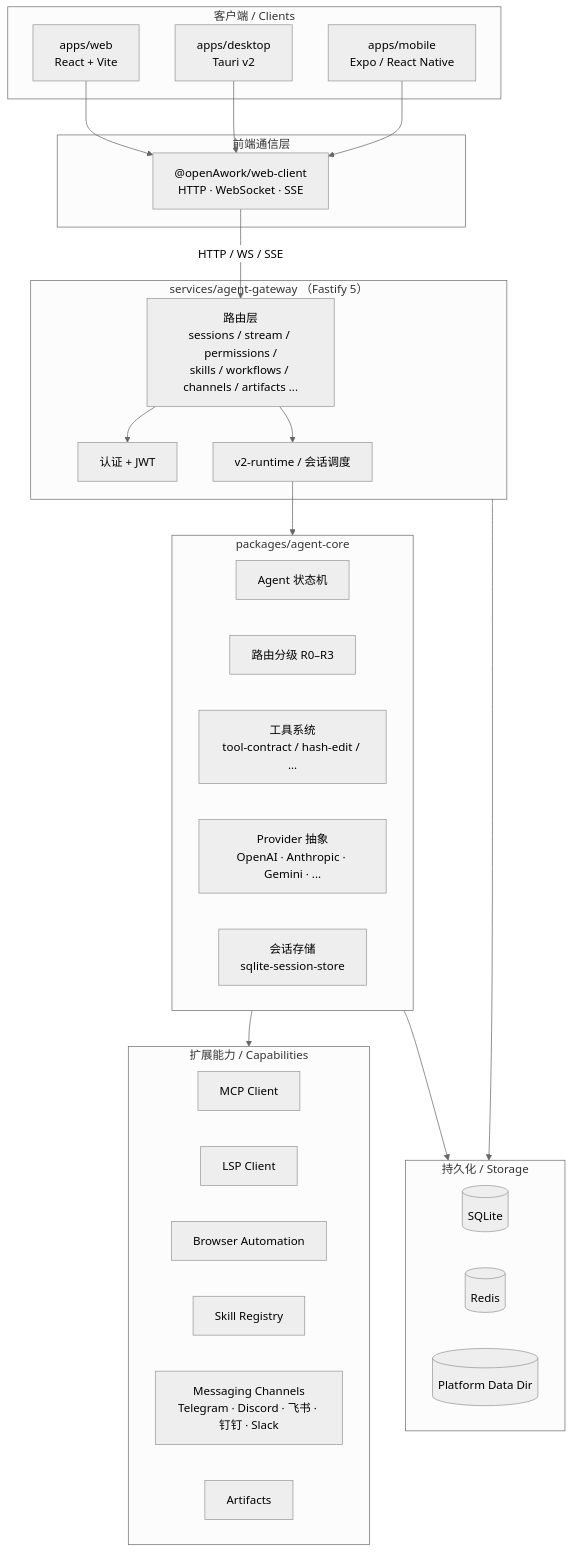
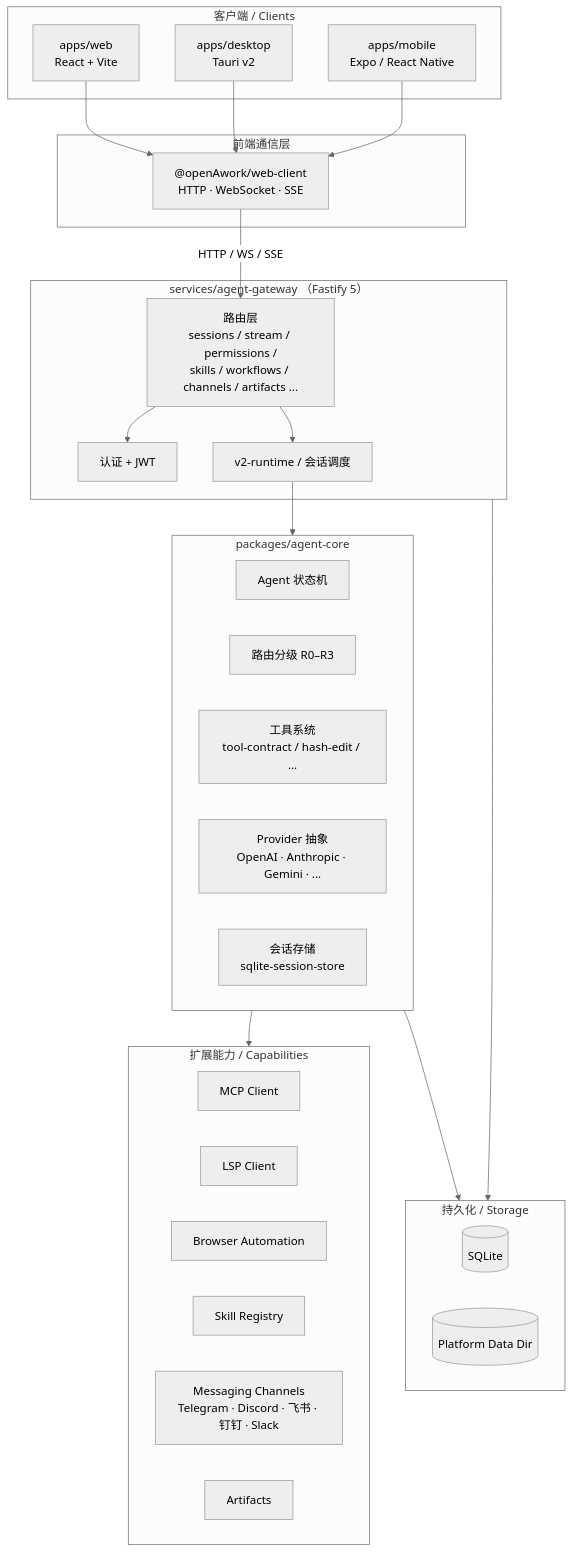
Before and after one commit to Await-d/OpenAWork: the first of 3 diagrams in README.md, drawn with Mermaid (neutral theme). The commit also changed other lines of this file and 20 other files, not shown here.

````diff
--- a/README.md
+++ b/README.md
@@ -84,52 +84,51 @@
 ```mermaid
 flowchart TB
     subgraph Clients["客户端 / Clients"]
         Web["apps/web<br/>React + Vite"]
         Desktop["apps/desktop<br/>Tauri v2"]
         Mobile["apps/mobile<br/>Expo / React Native"]
     end
 
     subgraph ClientLib["前端通信层"]
         WebClient["@openAwork/web-client<br/>HTTP · WebSocket · SSE"]
     end
 
     subgraph Gateway["services/agent-gateway （Fastify 5）"]
         Routes["路由层<br/>sessions / stream / permissions /<br/>skills / workflows / channels / artifacts ..."]
         Auth["认证 + JWT"]
         Runtime["v2-runtime / 会话调度"]
     end
 
     subgraph Core["packages/agent-core"]
         StateMachine["Agent 状态机"]
         Routing["路由分级 R0–R3"]
         Tools["工具系统<br/>tool-contract / hash-edit / ..."]
         Provider["Provider 抽象<br/>OpenAI · Anthropic · Gemini · ..."]
         Session["会话存储<br/>sqlite-session-store"]
     end
 
     subgraph Capabilities["扩展能力 / Capabilities"]
         MCP["MCP Client"]
         LSP["LSP Client"]
         Browser["Browser Automation"]
         Skills["Skill Registry"]
         Channels["Messaging Channels<br/>Telegram · Discord · 飞书 · 钉钉 · Slack"]
         Artifacts["Artifacts"]
     end
 
     subgraph Storage["持久化 / Storage"]
         SQLite[("SQLite")]
-        Redis[("Redis")]
         DataDir[("Platform Data Dir")]
     end
 
     Web --> WebClient
     Desktop --> WebClient
     Mobile --> WebClient
     WebClient -->|HTTP / WS / SSE| Routes
     Routes --> Auth
     Routes --> Runtime
     Runtime --> Core
     Core --> Capabilities
     Core --> Storage
     Gateway --> Storage
 ```
````
